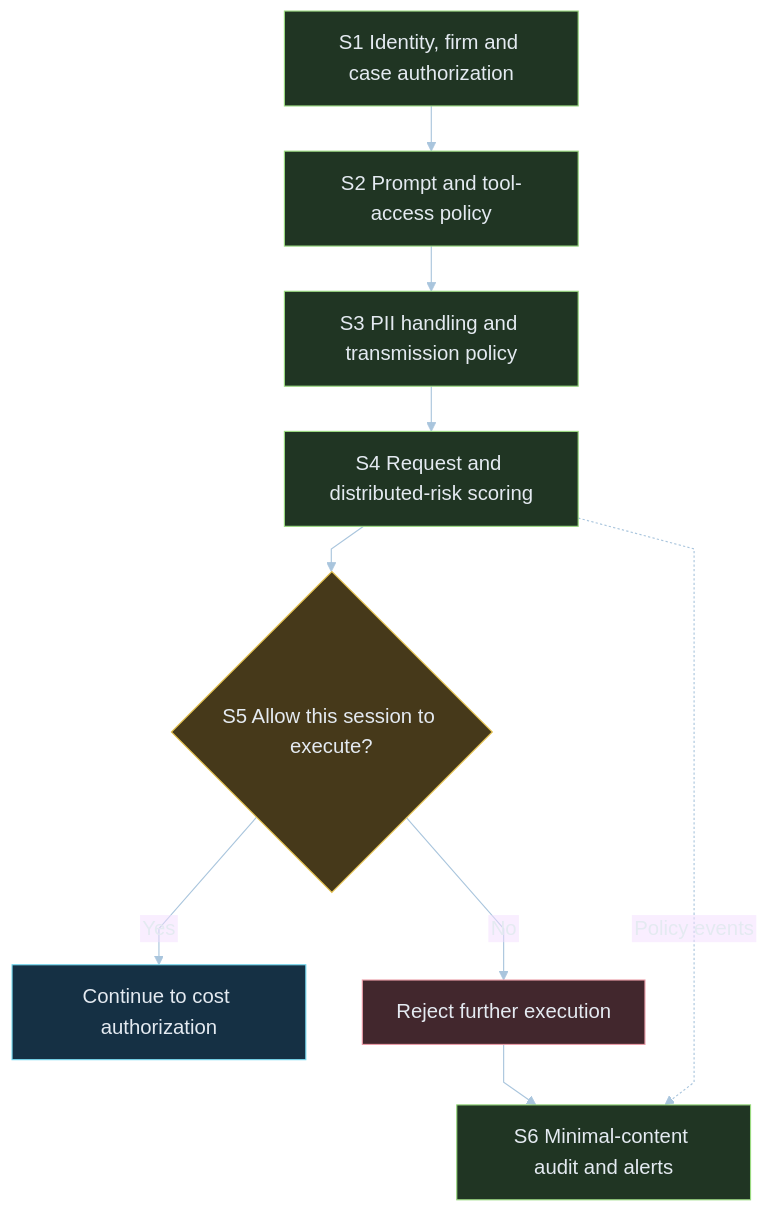
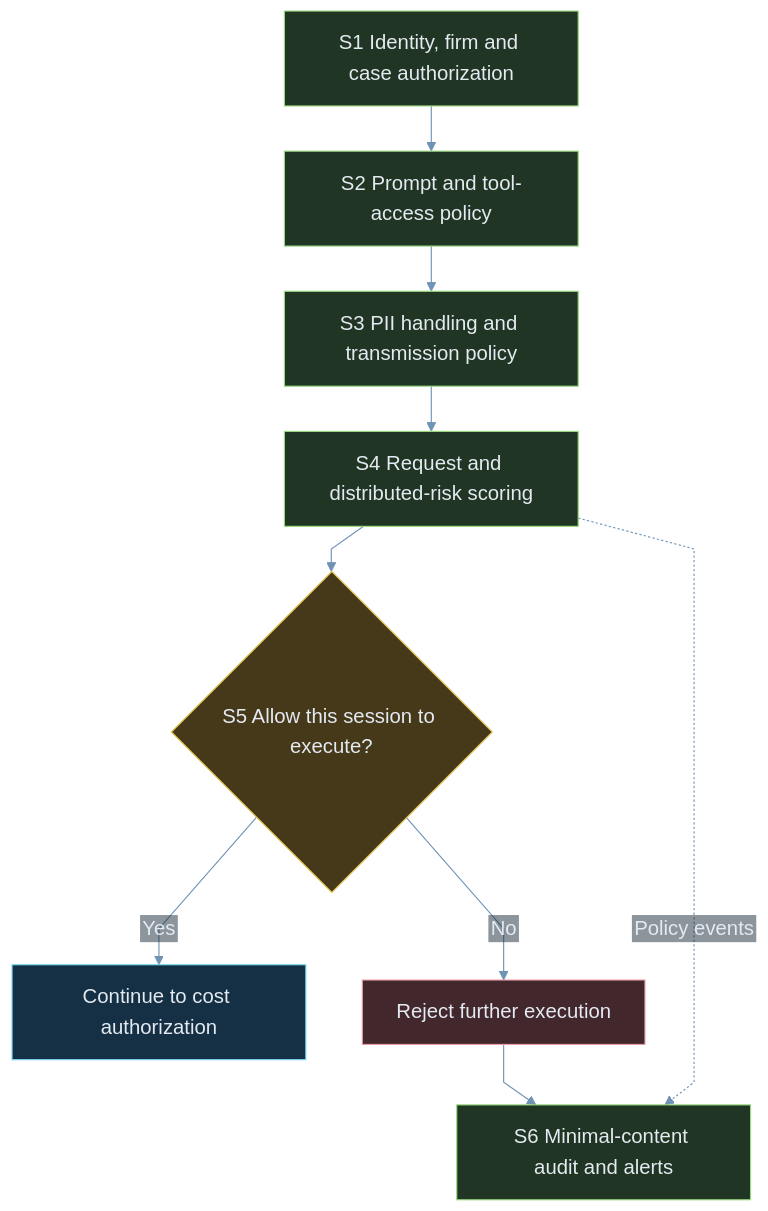
Before and after one commit to ai-agent-orchestrator/spring-memvid-ai-backend: the second of 5 diagrams in README.md, drawn with Mermaid. The commit also changed other lines of this file and 1 other file, not shown here.

First line of the commit message:
Fix mermaid edge-label and line contrast on light theme (EN/KO) (#1)

````diff
--- a/README.md
+++ b/README.md
@@ -85,20 +85,20 @@
 ```mermaid
-%%{init: {"theme":"base","themeVariables":{"primaryTextColor":"#e4eaf1","lineColor":"#a9c5dd","fontFamily":"Arial","fontSize":"18px"},"flowchart":{"htmlLabels":false,"curve":"linear","rankSpacing":40}}}%%
+%%{init: {"theme":"base","themeVariables":{"primaryTextColor":"#e4eaf1","lineColor":"#6f93b5","edgeLabelBackground":"#1b2a3a","fontFamily":"Arial","fontSize":"18px"},"flowchart":{"htmlLabels":false,"curve":"linear","rankSpacing":40}}}%%
 flowchart TB
     S1["S1 Identity, firm and case authorization"] --> S2["S2 Prompt and tool-access policy"]
     S2 --> S3["S3 PII handling and transmission policy"]
     S3 --> S4["S4 Request and distributed-risk scoring"]
     S4 --> S5{"S5 Allow this session to execute?"}
     S5 -->|Yes| EXEC["Continue to cost authorization"]
     S5 -->|No| DENY["Reject further execution"]
     DENY --> S6["S6 Minimal-content audit and alerts"]
     S4 -. "Policy events" .-> S6
     classDef spring fill:#203523,stroke:#9ada80,color:#e4eaf1;
     classDef process fill:#153044,stroke:#76d9f0,color:#e4eaf1;
     classDef decision fill:#46391a,stroke:#e5c24e,color:#e4eaf1;
     classDef stop fill:#42272d,stroke:#e99aa6,color:#e4eaf1;
     class S1,S2,S3,S4,S6 spring;
     class EXEC process;
     class S5 decision;
     class DENY stop;
 ```
````
